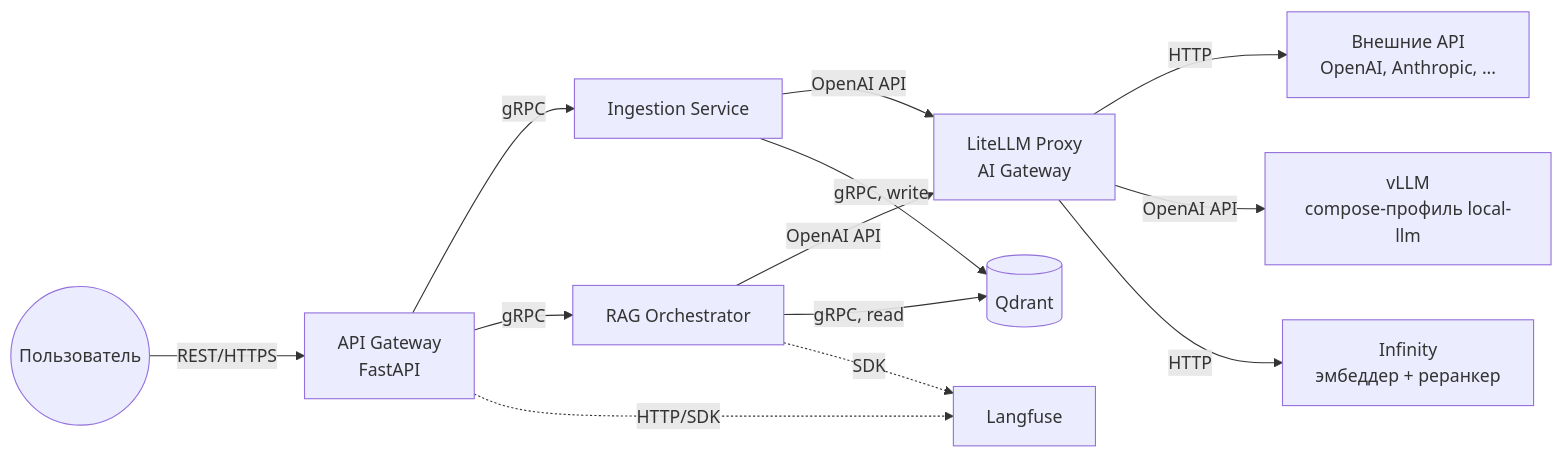
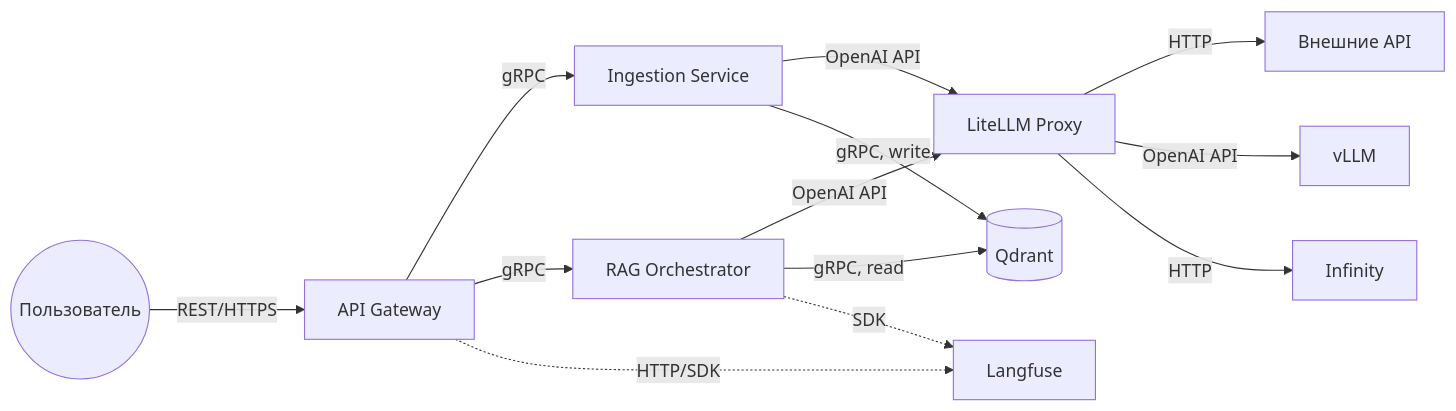
Before and after one commit to maxima1ist/ragvalod: the diagram in docs/design_and_plan.md, drawn with Mermaid. The commit also changed other lines of this file, not shown here.

Commit message:
Refactor docs/design_and_plan.md

````diff
--- a/docs/design_and_plan.md
+++ b/docs/design_and_plan.md
@@ -58,15 +58,15 @@
 ```mermaid
 flowchart LR
-    User((Пользователь)) -- REST/HTTPS --> GW[API Gateway<br/>FastAPI]
+    User((Пользователь)) -- REST/HTTPS --> GW[API Gateway]
     GW -- gRPC --> ING[Ingestion Service]
     GW -- gRPC --> RAG[RAG Orchestrator]
-    ING -- OpenAI API --> LLM[LiteLLM Proxy<br/>AI Gateway]
+    ING -- OpenAI API --> LLM[LiteLLM Proxy]
     RAG -- OpenAI API --> LLM
-    LLM -- HTTP --> EXT[Внешние API<br/>OpenAI, Anthropic, ...]
-    LLM -- OpenAI API --> VLLM[vLLM<br/>compose-профиль local-llm]
-    LLM -- HTTP --> INFY[Infinity<br/>эмбеддер + реранкер]
+    LLM -- HTTP --> EXT[Внешние API]
+    LLM -- OpenAI API --> VLLM[vLLM]
+    LLM -- HTTP --> INFY[Infinity]
     ING -- gRPC, write --> QD[(Qdrant)]
     RAG -- gRPC, read --> QD
     GW -. HTTP/SDK .-> LF[Langfuse]
     RAG -. SDK .-> LF
 ```
````
